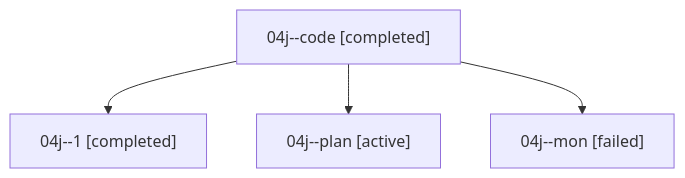
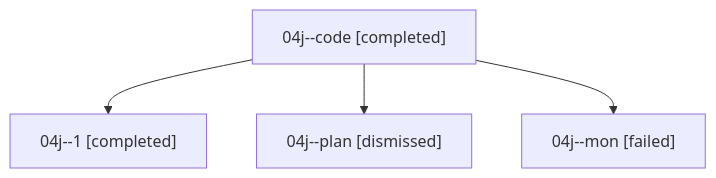
One commit to sase-org/sase--agents changed the diagram in sessions/bbugyi200.athena.04j.md. Above: the diagram before and after it, drawn with Mermaid. The commit also changed other lines of this file and 22 other files, not shown here.

````diff
--- a/sessions/bbugyi200.athena.04j.md
+++ b/sessions/bbugyi200.athena.04j.md
@@ -9,10 +9,10 @@
 ```mermaid
 flowchart TD
   n0["04j--code [completed]"]
   n1["04j--1 [completed]"]
   n0 --> n1
-  n2["04j--plan [active]"]
+  n2["04j--plan [dismissed]"]
   n0 --> n2
   n3["04j--mon [failed]"]
   n0 --> n3
 ```
````
